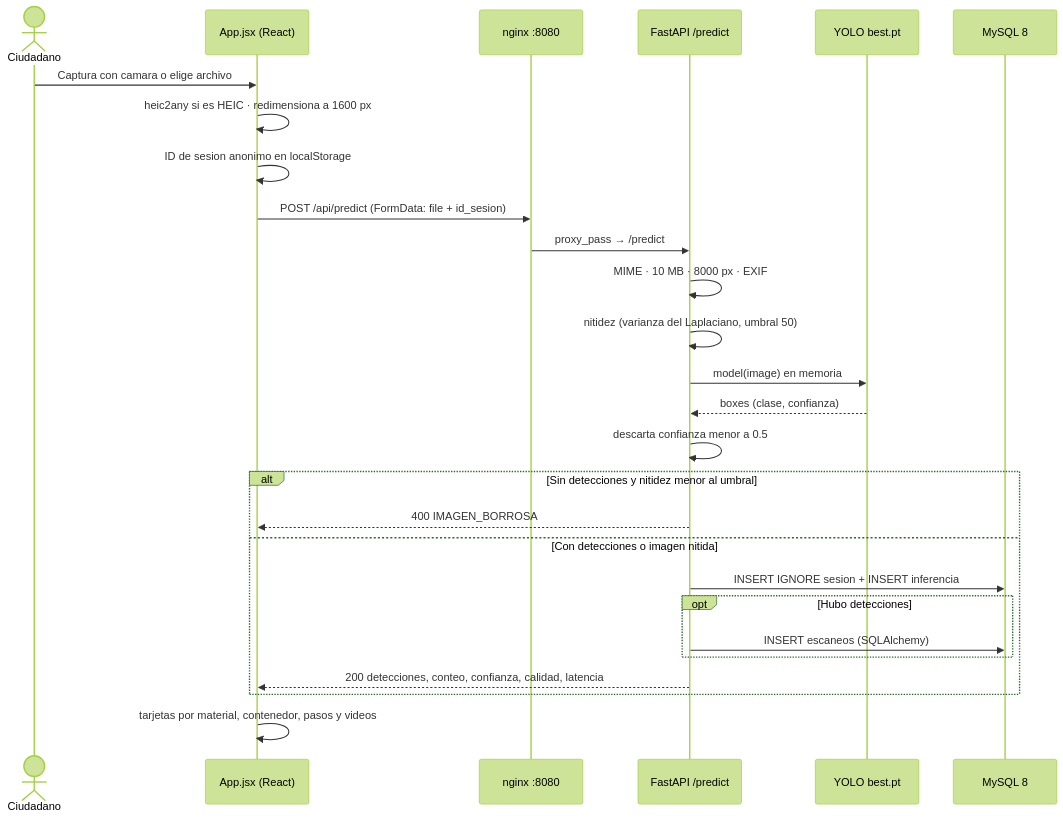
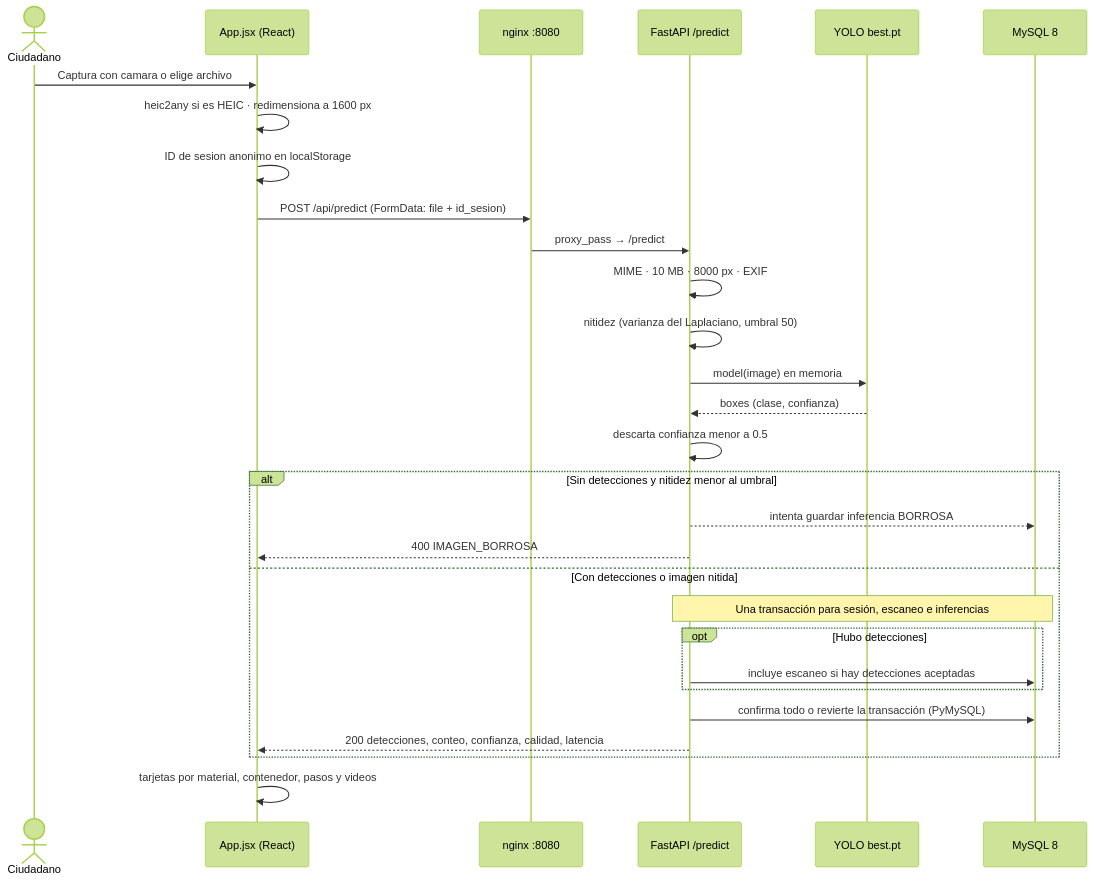
The second of 2 diagrams in Fase 3/docs/ARQUITECTURA.md (WiChanillao/Capstone_007), drawn with Mermaid (forest theme) before and after one commit. The commit also changed other lines of this file and 18 other files, not shown here.

````diff
--- a/Fase 3/docs/ARQUITECTURA.md
+++ b/Fase 3/docs/ARQUITECTURA.md
@@ -80,30 +81,32 @@
 ```mermaid
 sequenceDiagram
     actor U as Ciudadano
     participant FE as App.jsx (React)
     participant NG as nginx :8080
     participant API as FastAPI /predict
     participant YOLO as YOLO best.pt
     participant DB as MySQL 8
 
     U->>FE: Captura con camara o elige archivo
     FE->>FE: heic2any si es HEIC · redimensiona a 1600 px
     FE->>FE: ID de sesion anonimo en localStorage
     FE->>NG: POST /api/predict (FormData: file + id_sesion)
     NG->>API: proxy_pass → /predict
     API->>API: MIME · 10 MB · 8000 px · EXIF
     API->>API: nitidez (varianza del Laplaciano, umbral 50)
     API->>YOLO: model(image) en memoria
     YOLO-->>API: boxes (clase, confianza)
     API->>API: descarta confianza menor a 0.5
     alt Sin detecciones y nitidez menor al umbral
+        API-->>DB: intenta guardar inferencia BORROSA
         API-->>FE: 400 IMAGEN_BORROSA
     else Con detecciones o imagen nitida
-        API->>DB: INSERT IGNORE sesion + INSERT inferencia
+        Note over API,DB: Una transacción para sesión, escaneo e inferencias
         opt Hubo detecciones
-            API->>DB: INSERT escaneos (SQLAlchemy)
+            API->>DB: incluye escaneo si hay detecciones aceptadas
         end
+        API->>DB: confirma todo o revierte la transacción (PyMySQL)
         API-->>FE: 200 detecciones, conteo, confianza, calidad, latencia
     end
     FE->>FE: tarjetas por material, contenedor, pasos y videos
 ```
````
